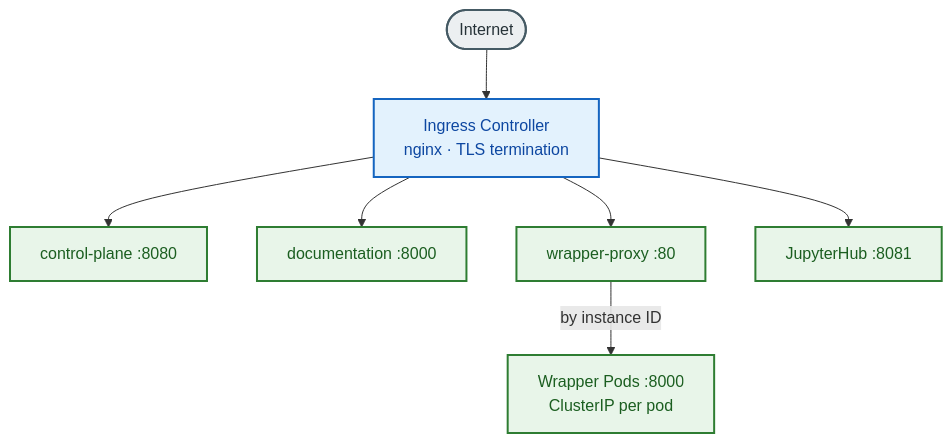
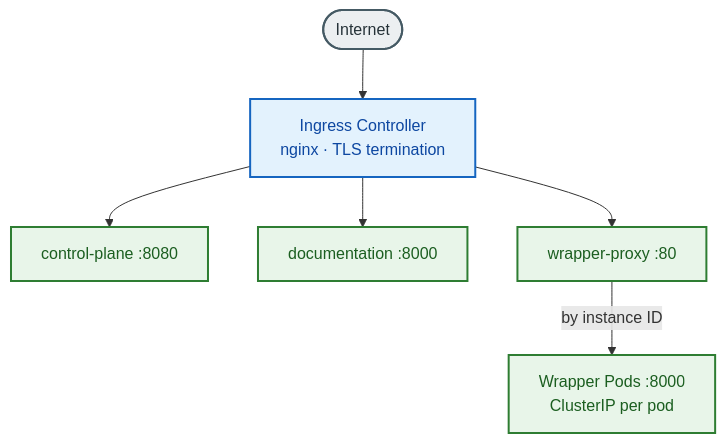
Before and after one commit to b4uharsha/newgraph: the second of 3 diagrams in documentation/src/content/docs/operations/service-catalogue-manual.md, drawn with Mermaid. The commit also changed other lines of this file and 88 other files, not shown here.

````diff
--- a/documentation/src/content/docs/operations/service-catalogue-manual.md
+++ b/documentation/src/content/docs/operations/service-catalogue-manual.md
@@ -456,18 +403,17 @@
 ```mermaid
 flowchart TD
     accTitle: Network Topology
     accDescr: External traffic routing through ingress to backend services
 
     classDef infra fill:#E3F2FD,stroke:#1565C0,stroke-width:2px,color:#0D47A1
     classDef service fill:#E8F5E9,stroke:#2E7D32,stroke-width:2px,color:#1B5E20
     classDef external fill:#ECEFF1,stroke:#455A64,stroke-width:2px,color:#263238
 
     INET([Internet]):::external --> ING[Ingress Controller<br/>nginx · TLS termination]:::infra
 
     ING --> CP[control-plane :8080]:::service
     ING --> DOCS[documentation :8000]:::service
     ING --> WPX[wrapper-proxy :80]:::service
-    ING --> JH[JupyterHub :8081]:::service
 
     WPX -->|by instance ID| WPODS[Wrapper Pods :8000<br/>ClusterIP per pod]:::service
 ```
````
